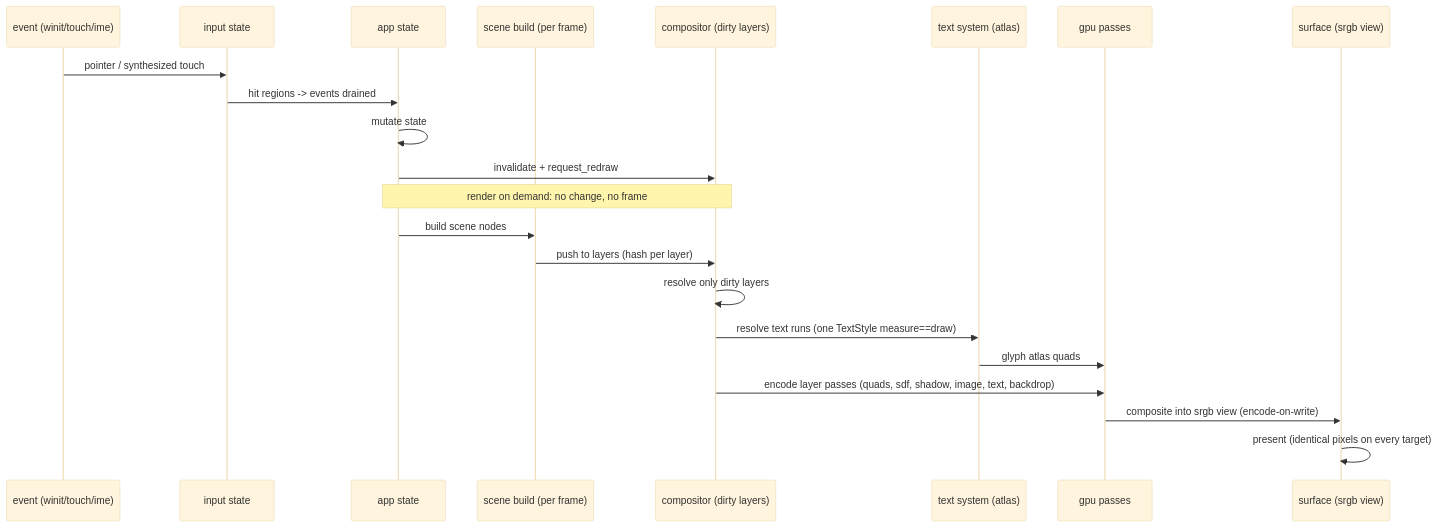
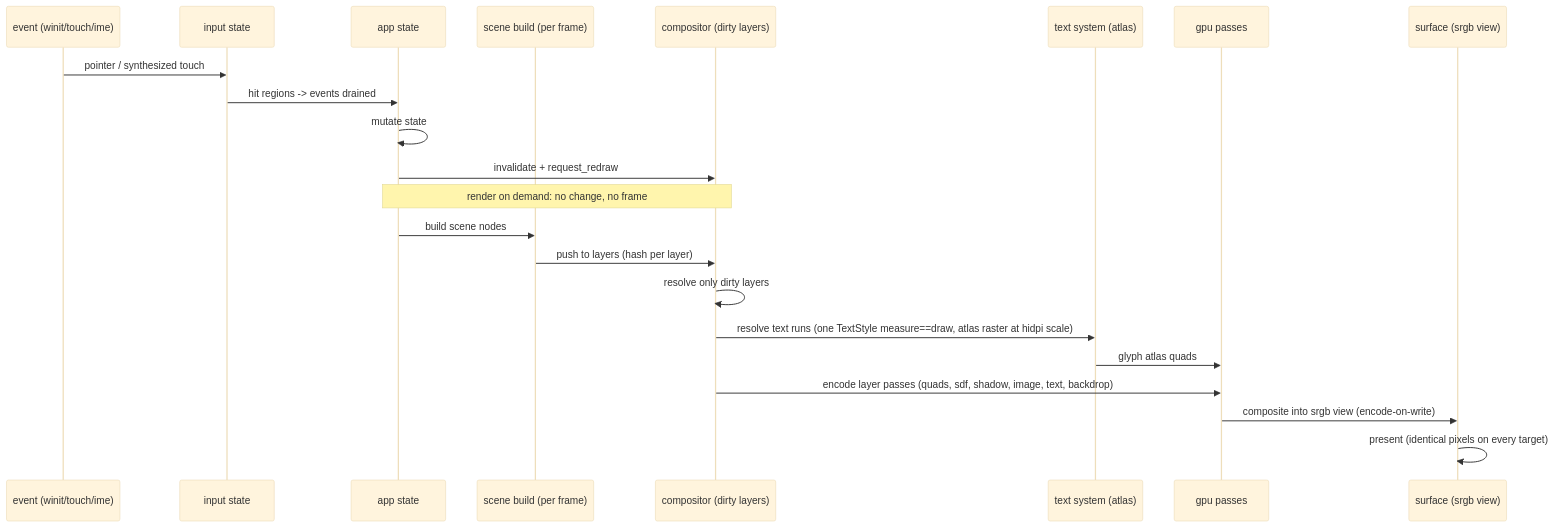
One commit to brennercruvinel/plev changed the diagram in docs/arc/arc.mmd. Above: the diagram before and after it, drawn with Mermaid (base theme). The commit also changed 7 other files, not shown here.

```diff
--- a/docs/arc/arc.mmd
+++ b/docs/arc/arc.mmd
@@ -1,29 +1,29 @@
 %% plev frame flow. update with arc.md/arc.yaml on structural change.
 sequenceDiagram
     participant E as event (winit/touch/ime)
     participant I as input state
     participant A as app state
     participant S as scene build (per frame)
     participant C as compositor (dirty layers)
     participant T as text system (atlas)
     participant G as gpu passes
     participant P as surface (srgb view)
 
     E->>I: pointer / synthesized touch
     I->>A: hit regions -> events drained
     A->>A: mutate state
     A->>C: invalidate + request_redraw
     Note over A,C: render on demand: no change, no frame
     A->>S: build scene nodes
     %% animation playback: crates/monster MonsterPlayer consumes the tick at A
     %% and hands S a lowered SceneNode scene (scene_at)
     S->>C: push to layers (hash per layer)
     C->>C: resolve only dirty layers
-    C->>T: resolve text runs (one TextStyle measure==draw)
+    C->>T: resolve text runs (one TextStyle measure==draw, atlas raster at hidpi scale)
     T->>G: glyph atlas quads
     C->>G: encode layer passes (quads, sdf, shadow, image, text, backdrop)
     G->>P: composite into srgb view (encode-on-write)
     P->>P: present (identical pixels on every target)
     %% perf (opt-in via RenderConfig): AnimationTick + RenderStats feed
     %% crates/engine/src/perf PerfMonitor after submit; log line every N frames and/or
     %% PerfHud overlay layer drawn by C (hud on = continuous frames)
```
